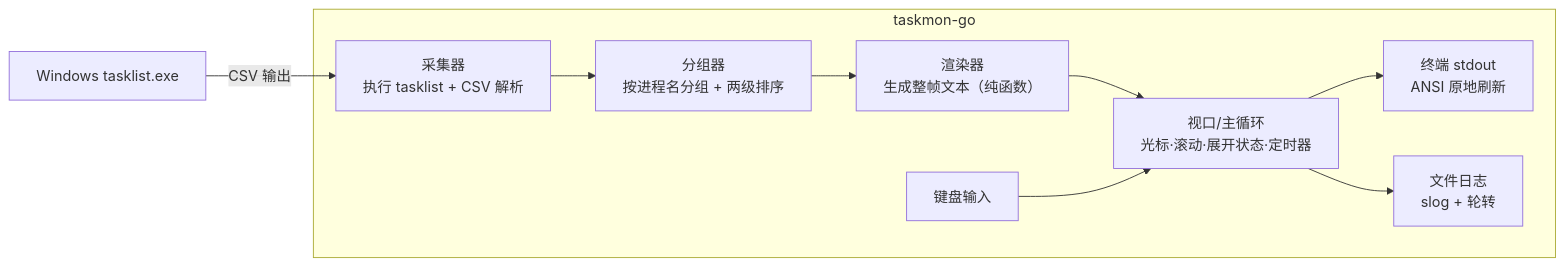
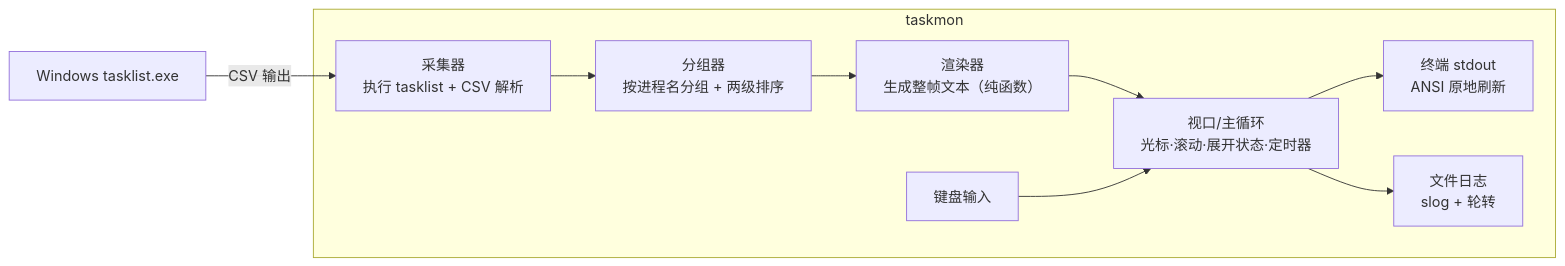
The diagram in taskmon/SPEC.md (shihao-hub/td-go_projects), drawn with Mermaid before and after one commit. The commit also changed other lines of this file and 4 other files, not shown here.

````diff
--- a/taskmon/SPEC.md
+++ b/taskmon/SPEC.md
@@ -68,12 +68,12 @@
 ```mermaid
 flowchart LR
-    subgraph taskmon-go
+    subgraph taskmon
         collect[采集器<br/>执行 tasklist + CSV 解析] --> group[分组器<br/>按进程名分组 + 两级排序]
         group --> render[渲染器<br/>生成整帧文本（纯函数）]
         render --> viewport[视口/主循环<br/>光标·滚动·展开状态·定时器]
         keys[键盘输入] --> viewport
         viewport --> term[终端 stdout<br/>ANSI 原地刷新]
         viewport --> log[文件日志<br/>slog + 轮转]
     end
     tl[Windows tasklist.exe] -->|CSV 输出| collect
 ```
````
